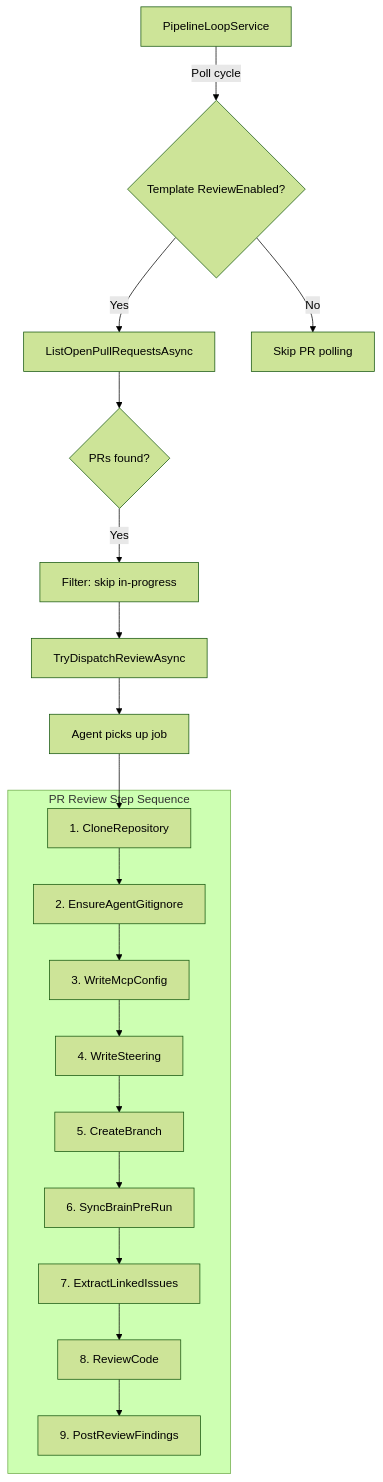
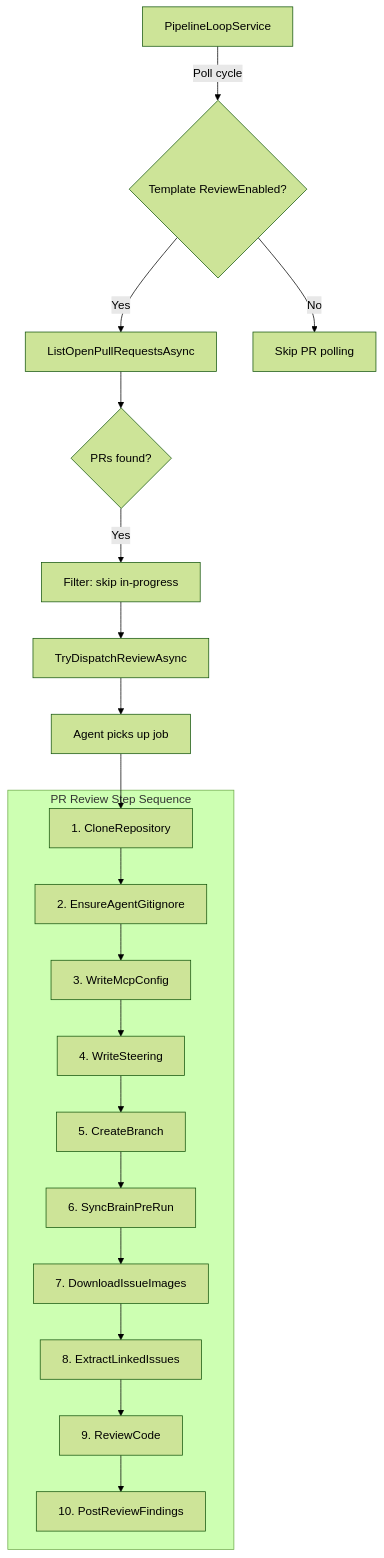
One commit to Chemsorly/coding-agent-automation changed the fifth of 9 diagrams in docs/pipeline-orchestration.md. Above: the diagram before and after it, drawn with Mermaid (forest theme). The commit also changed other lines of this file, not shown here.

Commit message:
feat: docs/pipeline-orchestration.md review step table missing DownloadIssueImagesStep — actual step sequence has 10 steps, docs list 9 (#2456)
Automated implementation via pipeline

````diff
--- a/docs/pipeline-orchestration.md
+++ b/docs/pipeline-orchestration.md
@@ -309,25 +309,26 @@
 ```mermaid
 flowchart TD
     A[PipelineLoopService] -->|Poll cycle| B{Template ReviewEnabled?}
     B -->|Yes| C[ListOpenPullRequestsAsync]
     B -->|No| D[Skip PR polling]
     C --> E{PRs found?}
     E -->|Yes| F[Filter: skip in-progress]
     F --> G[TryDispatchReviewAsync]
     G --> H[Agent picks up job]
     H --> S1
 
     subgraph Steps["PR Review Step Sequence"]
         S1[1. CloneRepository]
         S1b[2. EnsureAgentGitignore]
         S1c[3. WriteMcpConfig]
         S1d[4. WriteSteering]
         S2[5. CreateBranch]
         S3[6. SyncBrainPreRun]
-        S4[7. ExtractLinkedIssues]
-        S5[8. ReviewCode]
-        S6[9. PostReviewFindings]
+        S3b[7. DownloadIssueImages]
+        S4[8. ExtractLinkedIssues]
+        S5[9. ReviewCode]
+        S6[10. PostReviewFindings]
 
-        S1 --> S1b --> S1c --> S1d --> S2 --> S3 --> S4 --> S5 --> S6
+        S1 --> S1b --> S1c --> S1d --> S2 --> S3 --> S3b --> S4 --> S5 --> S6
     end
 ```
````
